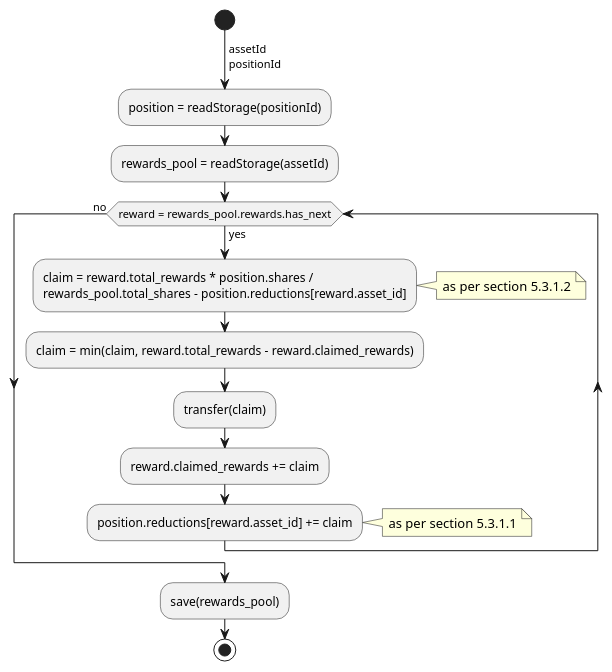
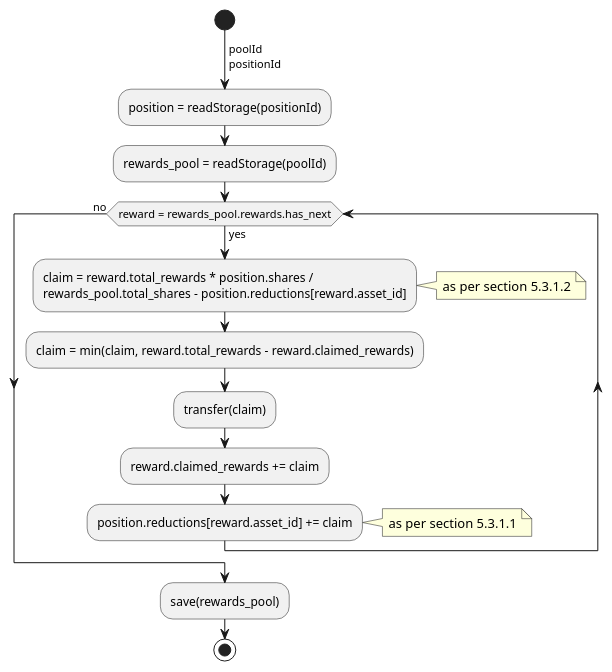
Diagram 11 of 11 in rfcs/0005-pablo-distribution-assets/0005-pablo-distribution.adoc (ComposableFi/composable), drawn with PlantUML before and after one commit. The commit also changed other lines of this file and 8 other files, not shown here.

Commit message:
pablo & staking rewards rfc review. Updated diagrams for staking, extend position, unstake, update reward pool, reward accumulation hook, split position, claim. Fixed the links

```diff
--- a/rfcs/0005-pablo-distribution-assets/0005-pablo-distribution.adoc
+++ b/rfcs/0005-pablo-distribution-assets/0005-pablo-distribution.adoc
@@ -577,18 +572,18 @@
 [plantuml,images/claim,png]
 ----
 start
-->assetId\npositionId;
+->poolId\npositionId;
 :position = readStorage(positionId);
-:rewards_pool = readStorage(assetId);
+:rewards_pool = readStorage(poolId);
 while (reward = rewards_pool.rewards.has_next) is (yes)
     :claim = reward.total_rewards * position.shares /\nrewards_pool.total_shares - position.reductions[reward.asset_id];
     note right: as per section 5.3.1.2
     :claim = min(claim, reward.total_rewards - reward.claimed_rewards);
     :transfer(claim);
     :reward.claimed_rewards += claim;
     :position.reductions[reward.asset_id] += claim;
     note right: as per section 5.3.1.1
 endwhile (no)
 :save(rewards_pool);
 stop
 ----
```
